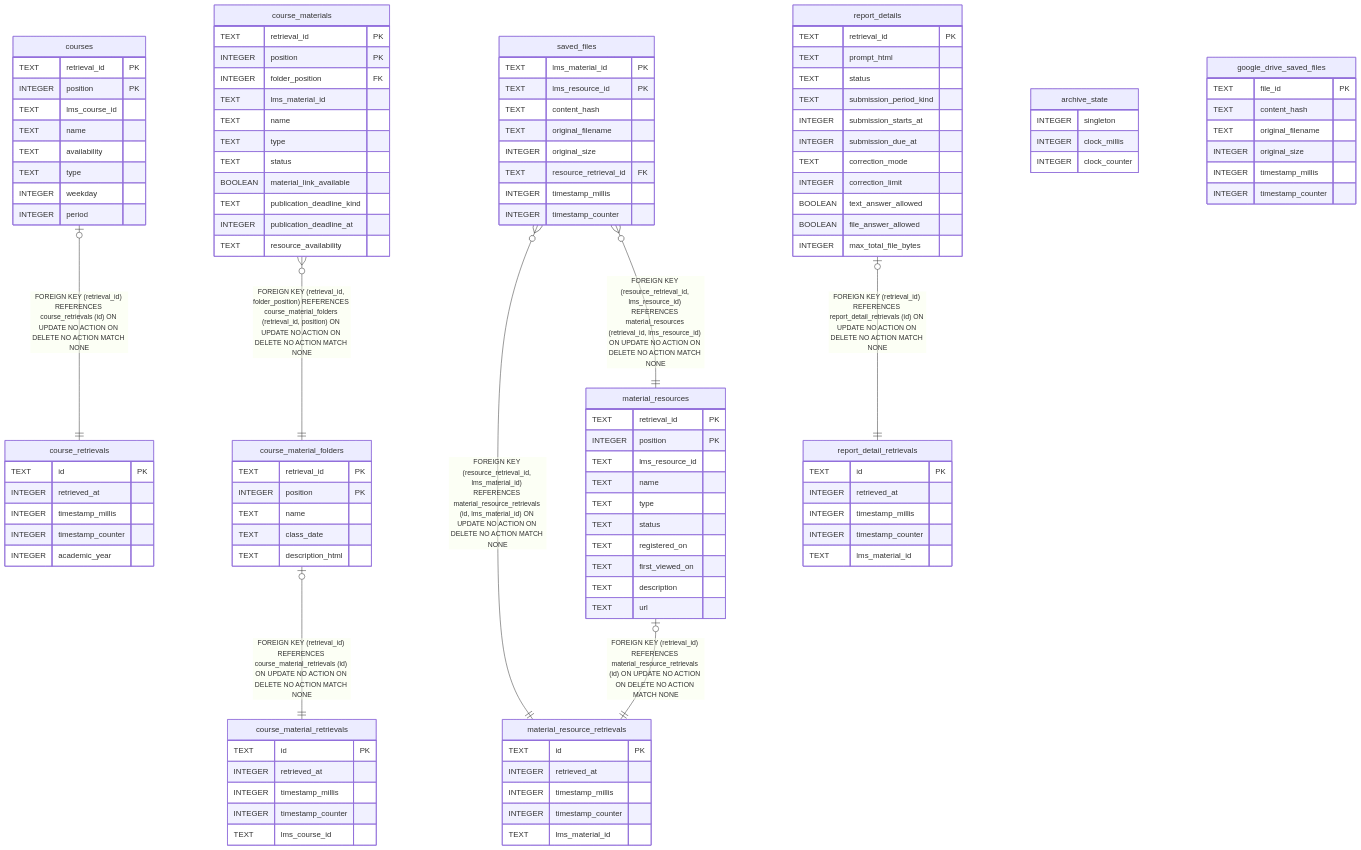
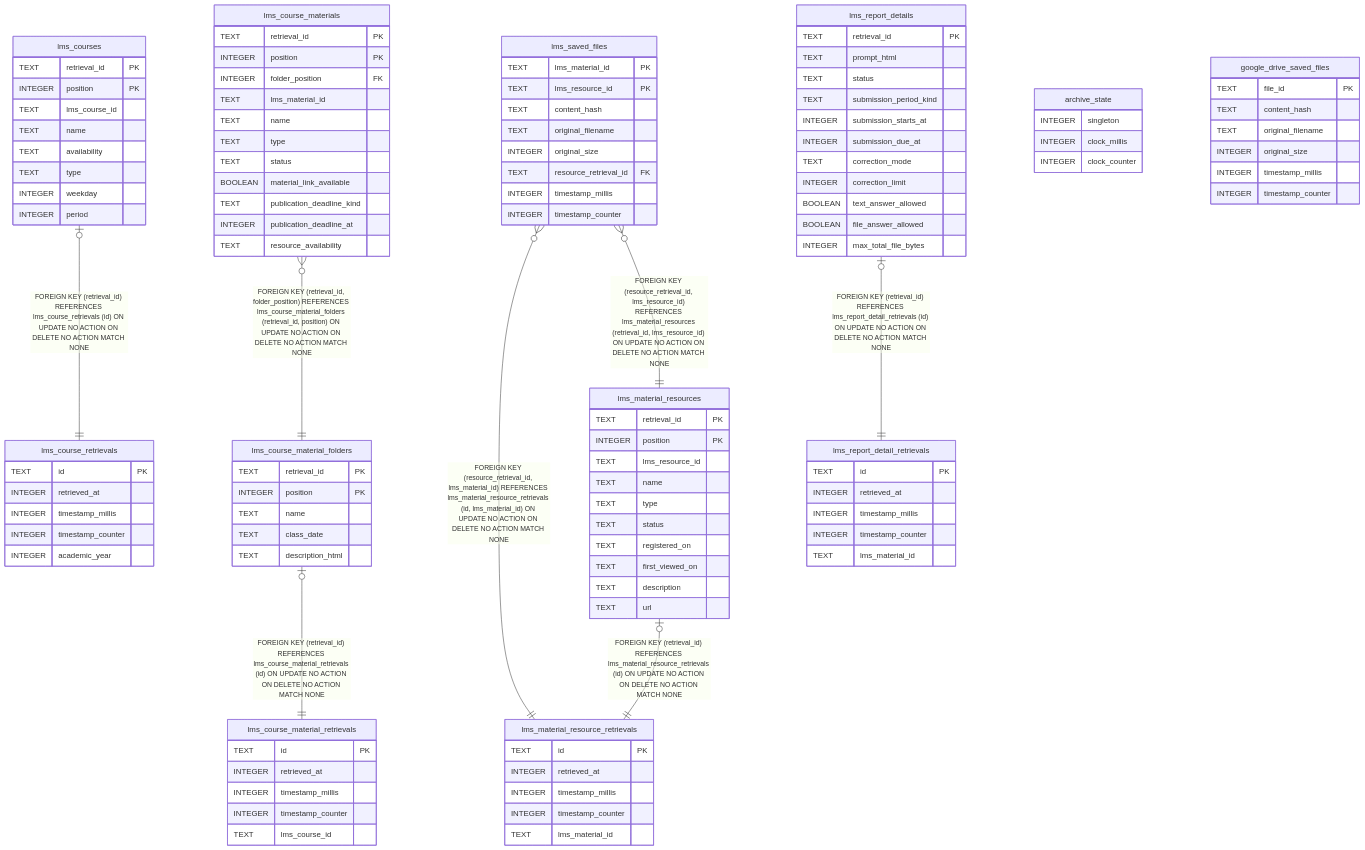
The diagram in app-server/docs/db/README.md (futsuuu/ku-potato), drawn with Mermaid before and after one commit. The commit also changed other lines of this file and 26 other files, not shown here.

````diff
--- a/app-server/docs/db/README.md
+++ b/app-server/docs/db/README.md
@@ -22,27 +22,27 @@
 ```mermaid
 erDiagram
 
-"courses" |o--|| "course_retrievals" : "FOREIGN KEY (retrieval_id) REFERENCES course_retrievals (id) ON UPDATE NO ACTION ON DELETE NO ACTION MATCH NONE"
-"course_material_folders" |o--|| "course_material_retrievals" : "FOREIGN KEY (retrieval_id) REFERENCES course_material_retrievals (id) ON UPDATE NO ACTION ON DELETE NO ACTION MATCH NONE"
-"course_materials" }o--|| "course_material_folders" : "FOREIGN KEY (retrieval_id, folder_position) REFERENCES course_material_folders (retrieval_id, position) ON UPDATE NO ACTION ON DELETE NO ACTION MATCH NONE"
-"material_resources" |o--|| "material_resource_retrievals" : "FOREIGN KEY (retrieval_id) REFERENCES material_resource_retrievals (id) ON UPDATE NO ACTION ON DELETE NO ACTION MATCH NONE"
-"saved_files" }o--|| "material_resource_retrievals" : "FOREIGN KEY (resource_retrieval_id, lms_material_id) REFERENCES material_resource_retrievals (id, lms_material_id) ON UPDATE NO ACTION ON DELETE NO ACTION MATCH NONE"
-"saved_files" }o--|| "material_resources" : "FOREIGN KEY (resource_retrieval_id, lms_resource_id) REFERENCES material_resources (retrieval_id, lms_resource_id) ON UPDATE NO ACTION ON DELETE NO ACTION MATCH NONE"
-"report_details" |o--|| "report_detail_retrievals" : "FOREIGN KEY (retrieval_id) REFERENCES report_detail_retrievals (id) ON UPDATE NO ACTION ON DELETE NO ACTION MATCH NONE"
+"lms_courses" |o--|| "lms_course_retrievals" : "FOREIGN KEY (retrieval_id) REFERENCES lms_course_retrievals (id) ON UPDATE NO ACTION ON DELETE NO ACTION MATCH NONE"
+"lms_course_material_folders" |o--|| "lms_course_material_retrievals" : "FOREIGN KEY (retrieval_id) REFERENCES lms_course_material_retrievals (id) ON UPDATE NO ACTION ON DELETE NO ACTION MATCH NONE"
+"lms_course_materials" }o--|| "lms_course_material_folders" : "FOREIGN KEY (retrieval_id, folder_position) REFERENCES lms_course_material_folders (retrieval_id, position) ON UPDATE NO ACTION ON DELETE NO ACTION MATCH NONE"
+"lms_material_resources" |o--|| "lms_material_resource_retrievals" : "FOREIGN KEY (retrieval_id) REFERENCES lms_material_resource_retrievals (id) ON UPDATE NO ACTION ON DELETE NO ACTION MATCH NONE"
+"lms_saved_files" }o--|| "lms_material_resource_retrievals" : "FOREIGN KEY (resource_retrieval_id, lms_material_id) REFERENCES lms_material_resource_retrievals (id, lms_material_id) ON UPDATE NO ACTION ON DELETE NO ACTION MATCH NONE"
+"lms_saved_files" }o--|| "lms_material_resources" : "FOREIGN KEY (resource_retrieval_id, lms_resource_id) REFERENCES lms_material_resources (retrieval_id, lms_resource_id) ON UPDATE NO ACTION ON DELETE NO ACTION MATCH NONE"
+"lms_report_details" |o--|| "lms_report_detail_retrievals" : "FOREIGN KEY (retrieval_id) REFERENCES lms_report_detail_retrievals (id) ON UPDATE NO ACTION ON DELETE NO ACTION MATCH NONE"
 
 "archive_state" {
   INTEGER singleton
   INTEGER clock_millis
   INTEGER clock_counter
 }
-"course_retrievals" {
+"lms_course_retrievals" {
   TEXT id PK
   INTEGER retrieved_at
   INTEGER timestamp_millis
   INTEGER timestamp_counter
   INTEGER academic_year
 }
-"courses" {
+"lms_courses" {
   TEXT retrieval_id PK
   INTEGER position PK
   TEXT lms_course_id
@@ -52,21 +52,21 @@
   INTEGER weekday
   INTEGER period
 }
-"course_material_retrievals" {
+"lms_course_material_retrievals" {
   TEXT id PK
   INTEGER retrieved_at
   INTEGER timestamp_millis
   INTEGER timestamp_counter
   TEXT lms_course_id
 }
-"course_material_folders" {
+"lms_course_material_folders" {
   TEXT retrieval_id PK
   INTEGER position PK
   TEXT name
   TEXT class_date
   TEXT description_html
 }
-"course_materials" {
+"lms_course_materials" {
   TEXT retrieval_id PK
   INTEGER position PK
   INTEGER folder_position FK
@@ -79,14 +79,14 @@
   INTEGER publication_deadline_at
   TEXT resource_availability
 }
-"material_resource_retrievals" {
+"lms_material_resource_retrievals" {
   TEXT id PK
   INTEGER retrieved_at
   INTEGER timestamp_millis
   INTEGER timestamp_counter
   TEXT lms_material_id
 }
-"material_resources" {
+"lms_material_resources" {
   TEXT retrieval_id PK
   INTEGER position PK
   TEXT lms_resource_id
@@ -98,7 +98,7 @@
   TEXT description
   TEXT url
 }
-"saved_files" {
+"lms_saved_files" {
   TEXT lms_material_id PK
   TEXT lms_resource_id PK
   TEXT content_hash
@@ -116,14 +116,14 @@
   INTEGER timestamp_millis
   INTEGER timestamp_counter
 }
-"report_detail_retrievals" {
+"lms_report_detail_retrievals" {
   TEXT id PK
   INTEGER retrieved_at
   INTEGER timestamp_millis
   INTEGER timestamp_counter
   TEXT lms_material_id
 }
-"report_details" {
+"lms_report_details" {
   TEXT retrieval_id PK
   TEXT prompt_html
   TEXT status
````
